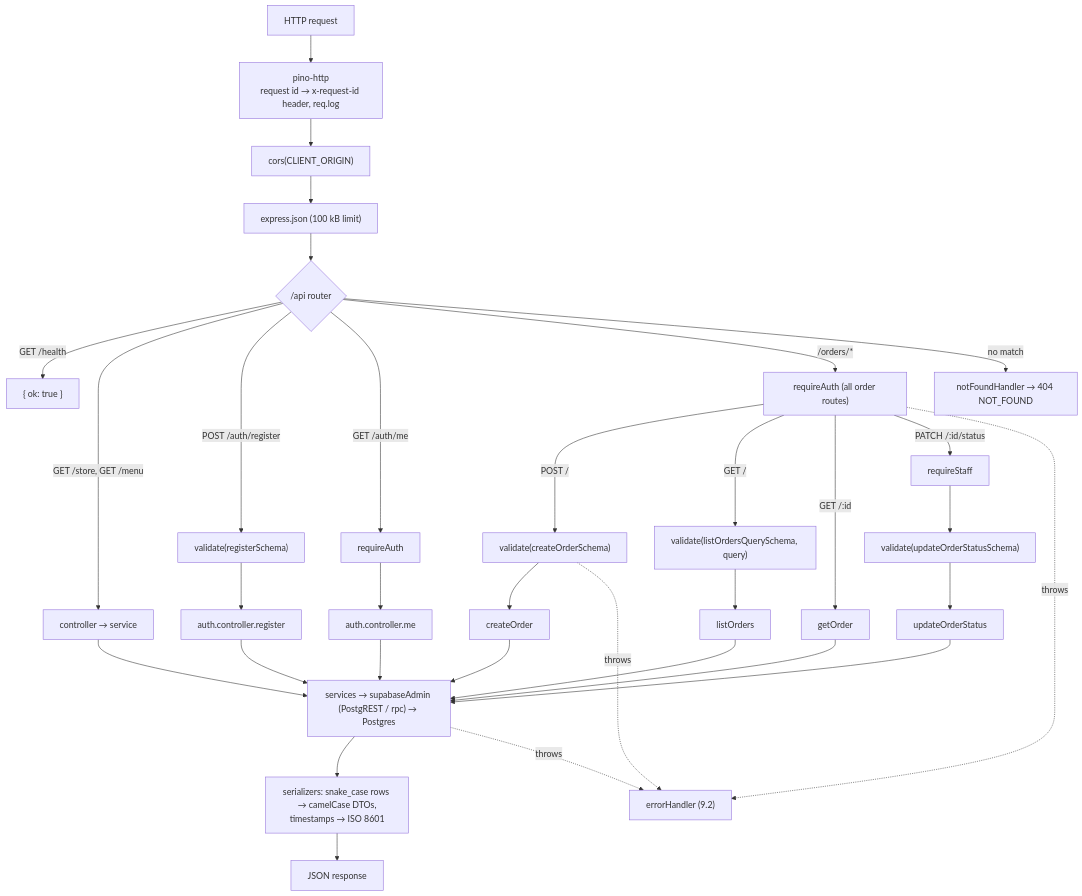
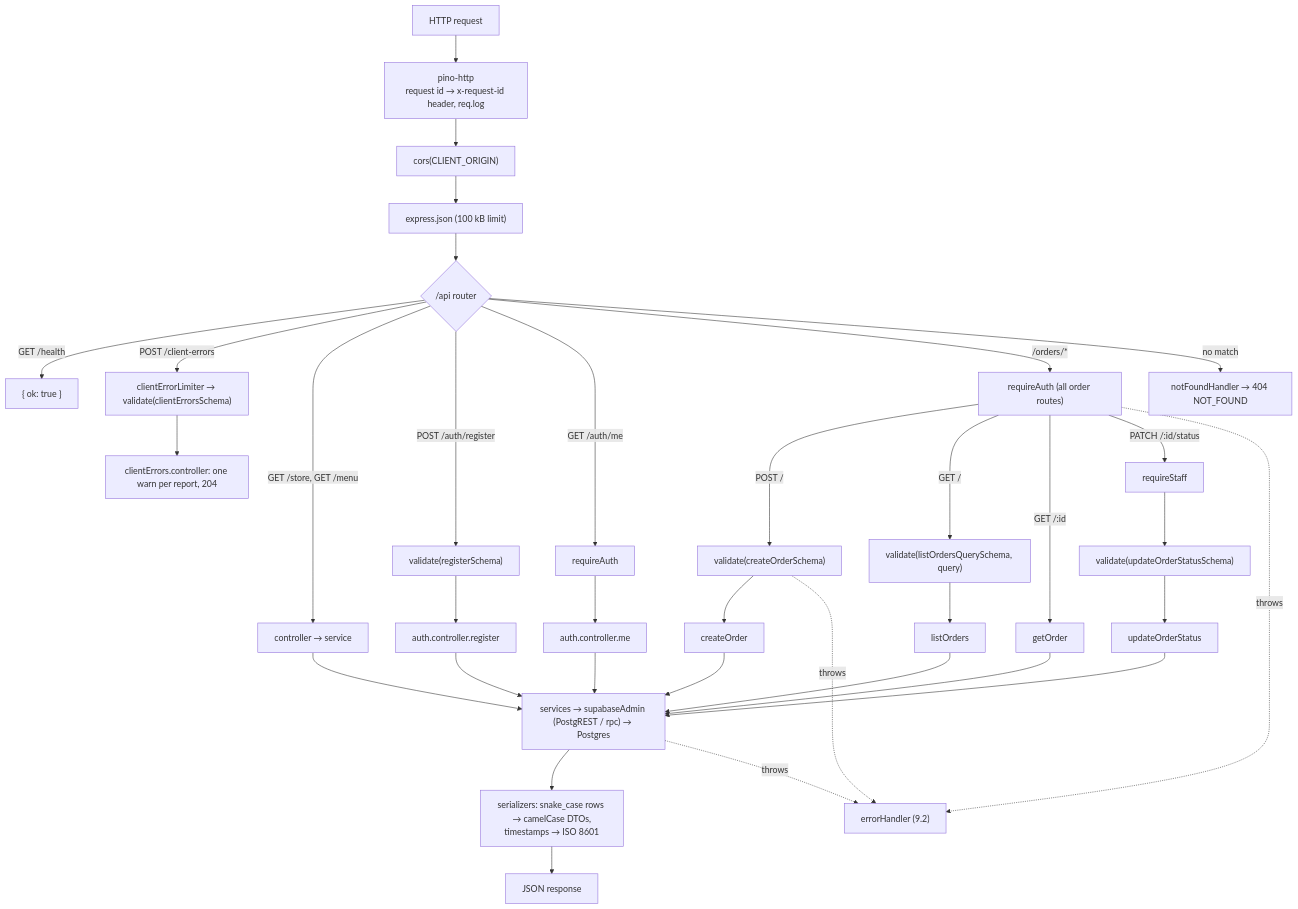
One commit to The-KhaNha/KhaNha changed diagram 26 of 28 in docs/ARCHITECTURE.md. Above: the diagram before and after it, drawn with Mermaid. The commit also changed 20 other files, not shown here.

First line of the commit message:
POST /api/client-errors: the browser reports its errors, scrubbed, rate-limited and logged once each

````diff
--- a/docs/ARCHITECTURE.md
+++ b/docs/ARCHITECTURE.md
@@ -888,29 +888,30 @@
 ```mermaid
 flowchart TD
   Req["HTTP request"] --> Pino["pino-http<br/>request id → x-request-id header, req.log"]
   Pino --> Cors["cors(CLIENT_ORIGIN)"]
   Cors --> Json["express.json (100 kB limit)"]
   Json --> Router{"/api router"}
   Router -->|"GET /health"| Health["{ ok: true }"]
+  Router -->|"POST /client-errors"| ValCE["clientErrorLimiter → validate(clientErrorsSchema)"] --> CECtl["clientErrors.controller: one warn per report, 204"]
   Router -->|"GET /store, GET /menu"| Public["controller → service"]
   Router -->|"POST /auth/register"| ValReg["validate(registerSchema)"] --> RegCtl["auth.controller.register"]
   Router -->|"GET /auth/me"| AuthMe["requireAuth"] --> MeCtl["auth.controller.me"]
   Router -->|"/orders/*"| AuthO["requireAuth (all order routes)"]
   AuthO -->|"POST /"| ValC["validate(createOrderSchema)"] --> CCtl["createOrder"]
   AuthO -->|"GET /"| ValQ["validate(listOrdersQuerySchema, query)"] --> LCtl["listOrders"]
   AuthO -->|"GET /:id"| GCtl["getOrder"]
   AuthO -->|"PATCH /:id/status"| Staff["requireStaff"] --> ValS["validate(updateOrderStatusSchema)"] --> UCtl["updateOrderStatus"]
   Public --> Svc["services → supabaseAdmin (PostgREST / rpc) → Postgres"]
   RegCtl --> Svc
   MeCtl --> Svc
   CCtl --> Svc
   LCtl --> Svc
   GCtl --> Svc
   UCtl --> Svc
   Svc --> Ser["serializers: snake_case rows → camelCase DTOs,<br/>timestamps → ISO 8601"]
   Ser --> Res["JSON response"]
   Router -->|"no match"| NF["notFoundHandler → 404 NOT_FOUND"]
   Svc -. "throws" .-> EH["errorHandler (9.2)"]
   AuthO -. "throws" .-> EH
   ValC -. "throws" .-> EH
 ```
````
